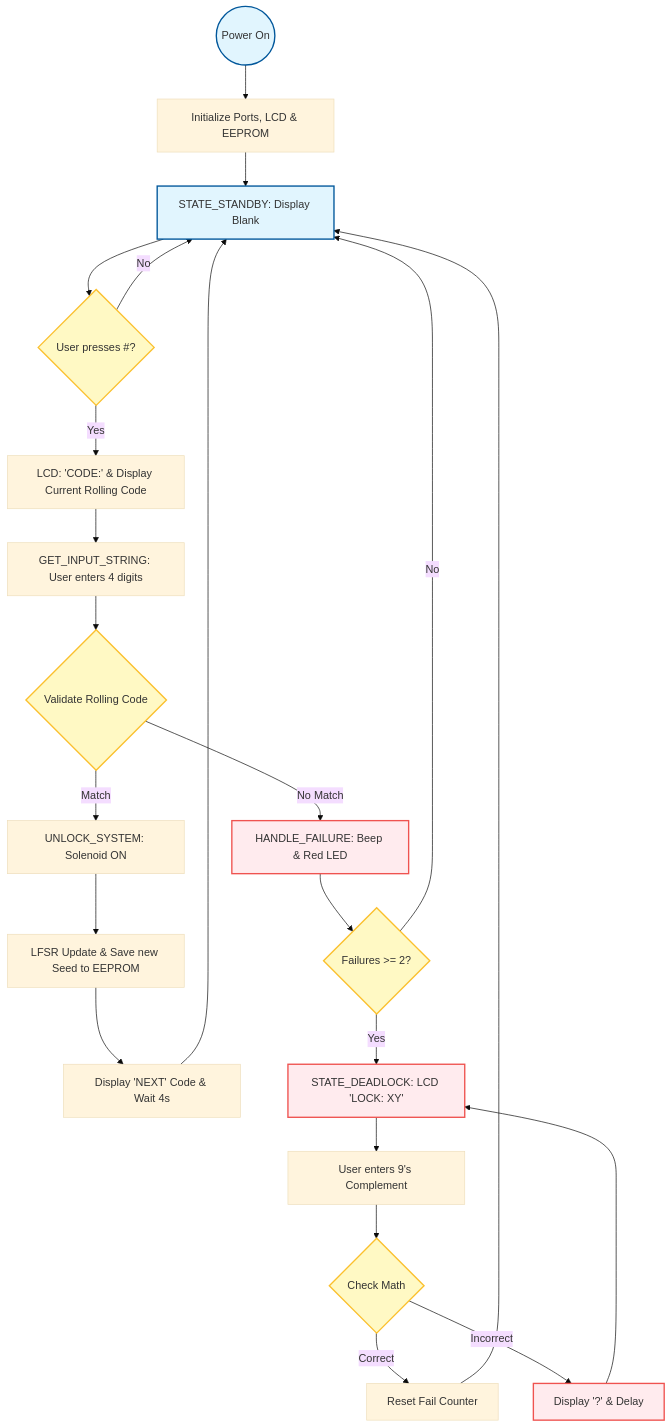
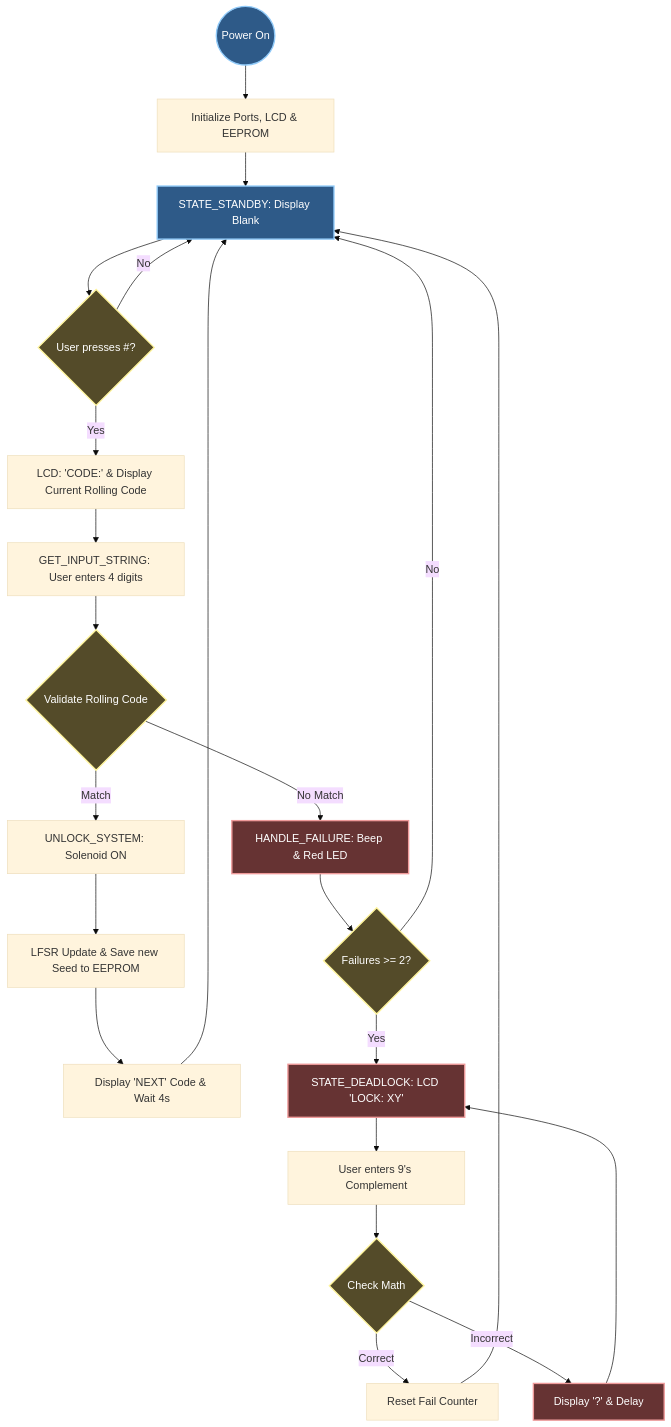
One commit to dulshara08/ROLLING-CODE-DIGITAL-LOCK changed the diagram in README.md. Above: the diagram before and after it, drawn with Mermaid (base theme).

Commit message:
Update Mermaid diagram styles in README.md

````diff
--- a/README.md
+++ b/README.md
@@ -9,42 +9,42 @@
 ```mermaid
 graph TD
     %% Define Styles
-    classDef startEnd fill:#E1F5FE,stroke:#01579B,stroke-width:2px;  
-    classDef process fill:#F3E5F5,stroke:#7B1FA2,stroke-width:1px;   
-    classDef decision fill:#FFF9C4,stroke:#FBC02D,stroke-width:2px; 
-    classDef danger fill:#FFEBEE,stroke:#EF5350,stroke-width:2px;    
+    classDef startEnd fill:#2E5A88,stroke:#90CAF9,stroke-width:2px,color:#fff;
+    classDef process fill:#4A3B52,stroke:#CE93D8,stroke-width:1px,color:#fff;
+    classDef decision fill:#544B29,stroke:#FFF59D,stroke-width:2px,color:#fff;
+    classDef danger fill:#663333,stroke:#EF9A9A,stroke-width:2px,color:#fff;  
     Start((Power On)) --> Init[Initialize Ports, LCD & EEPROM]
     Init --> Standby[STATE_STANDBY: Display Blank]
     
     Standby --> KeyHash{User presses #?}
     KeyHash -- No --> Standby
     KeyHash -- Yes --> DisplayCode[LCD: 'CODE:' & Display Current Rolling Code]
 
     DisplayCode --> Input[GET_INPUT_STRING: User enters 4 digits]
     Input --> Validate{Validate Rolling Code}
 
     Validate -- Match --> Unlock[UNLOCK_SYSTEM: Solenoid ON]
     Unlock --> UpdateSeed[LFSR Update & Save new Seed to EEPROM]
     UpdateSeed --> Delay[Display 'NEXT' Code & Wait 4s]
     Delay --> Standby
 
     Validate -- No Match --> Error[HANDLE_FAILURE: Beep & Red LED]
     Error --> FailCount{Failures >= 2?}
     
     FailCount -- No --> Standby
     FailCount -- Yes --> Deadlock[STATE_DEADLOCK: LCD 'LOCK: XY']
 
     Deadlock --> RecoveryInput[User enters 9's Complement]
     RecoveryInput --> RecoveryCheck{Check Math}
     
     RecoveryCheck -- Correct --> ResetFail[Reset Fail Counter]
     ResetFail --> Standby
     
     RecoveryCheck -- Incorrect --> Lockout[Display '?' & Delay]
     Lockout --> Deadlock
 
     %% Apply Styles
     class Start,Standby startEnd;
     class Validate,FailCount,RecoveryCheck,KeyHash decision;
     class Deadlock,Error,Lockout danger;
 ```
````
